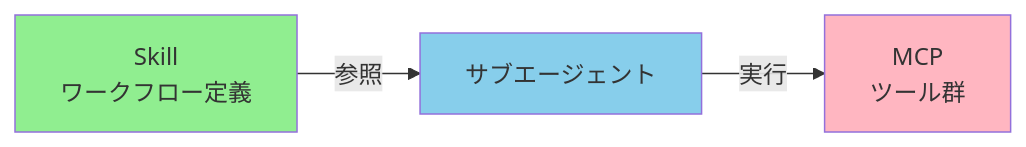
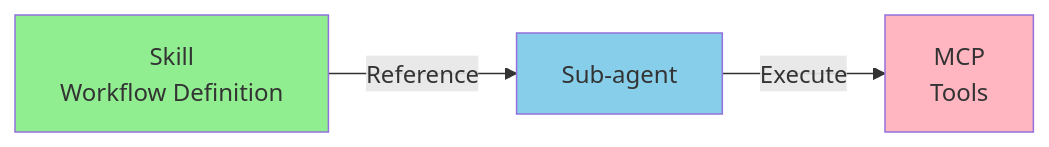
One commit to shuji-bonji/ai-agent-architecture changed the sixth of 8 diagrams in docs/concepts/03-architecture.md. Above: the diagram before and after it, drawn with Mermaid. The commit also changed other lines of this file and 42 other files, not shown here.

````diff
--- a/docs/concepts/03-architecture.md
+++ b/docs/concepts/03-architecture.md
@@ -329,9 +331,9 @@
 ```mermaid
 graph LR
-    SKILL[Skill<br/>ワークフロー定義] -->|"参照"| AGENT[サブエージェント]
-    AGENT -->|"実行"| MCP[MCP<br/>ツール群]
+    SKILL[Skill<br/>Workflow Definition] -->|"Reference"| AGENT[Sub-agent]
+    AGENT -->|"Execute"| MCP[MCP<br/>Tools]
 
     style SKILL fill:#90EE90
     style MCP fill:#FFB6C1
     style AGENT fill:#87CEEB
 ```
````
